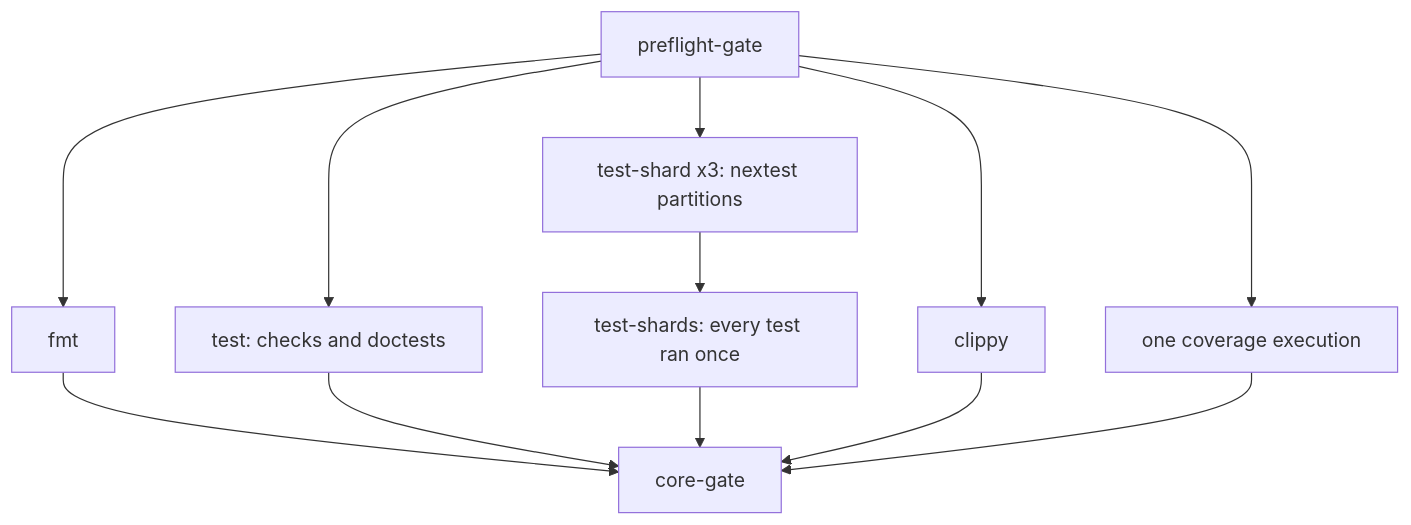
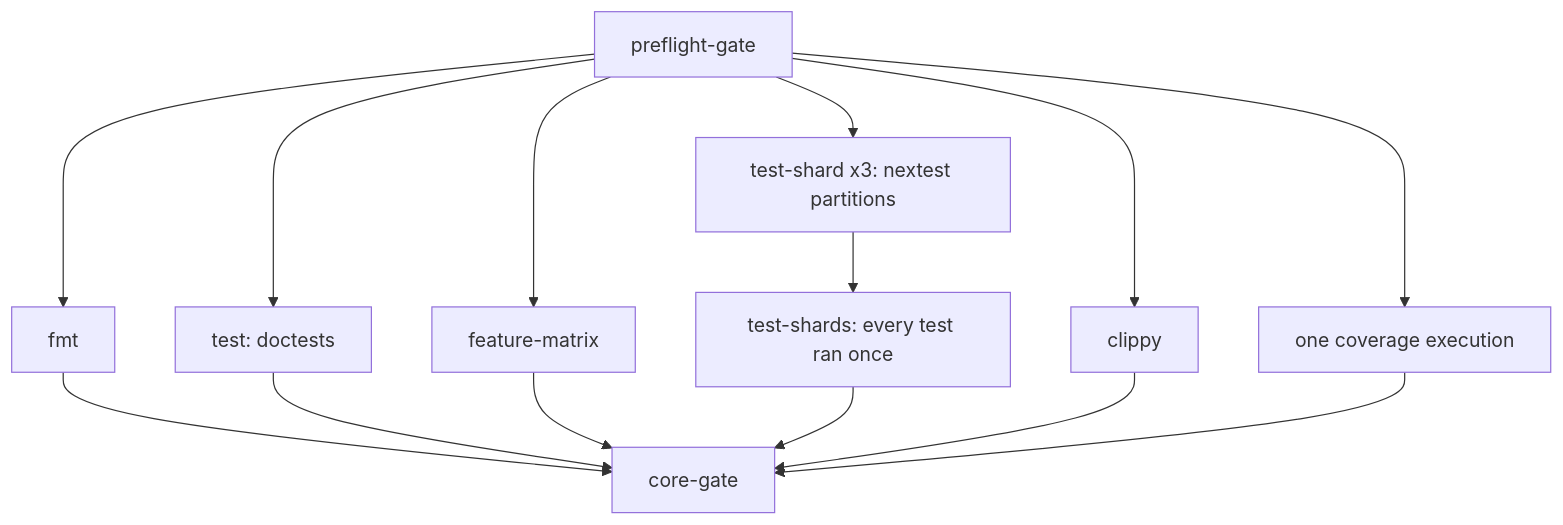
The sixth of 14 diagrams in CONTRIBUTING.md (arceushui/pigloros), drawn with Mermaid before and after one commit. The commit also changed other lines of this file and 1 other file, not shown here.

Commit message:
test(ci): reject inert mutation programs and align gate guide

````diff
--- a/CONTRIBUTING.md
+++ b/CONTRIBUTING.md
@@ -185,14 +185,16 @@
 ```mermaid
 flowchart TD
     P["preflight-gate"] --> F["fmt"]
-    P --> T["test: checks and doctests"]
+    P --> T["test: doctests"]
+    P --> M["feature-matrix"]
     P --> S["test-shard x3: nextest partitions"]
     P --> C["clippy"]
     P --> V["one coverage execution"]
     S --> A["test-shards: every test ran once"]
     F --> G["core-gate"]
     T --> G
+    M --> G
     A --> G
     C --> G
     V --> G
 ```
````
